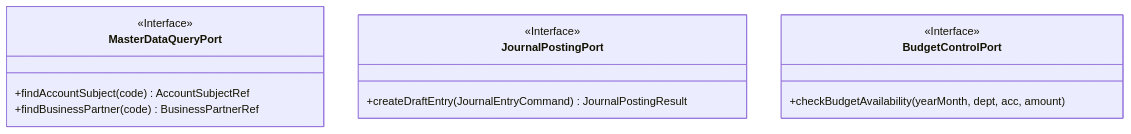
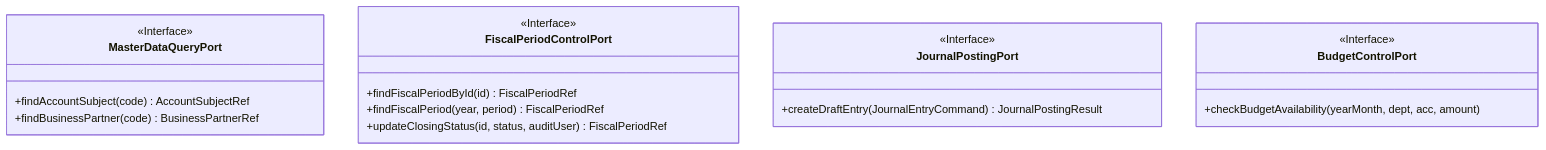
One commit to skyg547/account changed the diagram in contracts/docs/schema.md. Above: the diagram before and after it, drawn with Mermaid. The commit also changed other lines of this file and 33 other files, not shown here.

````diff
--- a/contracts/docs/schema.md
+++ b/contracts/docs/schema.md
@@ -7,16 +7,22 @@
 ```mermaid
 classDiagram
     class MasterDataQueryPort {
         <<Interface>>
         +findAccountSubject(code) AccountSubjectRef
         +findBusinessPartner(code) BusinessPartnerRef
+    }
+    class FiscalPeriodControlPort {
+        <<Interface>>
+        +findFiscalPeriodById(id) FiscalPeriodRef
+        +findFiscalPeriod(year, period) FiscalPeriodRef
+        +updateClosingStatus(id, status, auditUser) FiscalPeriodRef
     }
     class JournalPostingPort {
         <<Interface>>
         +createDraftEntry(JournalEntryCommand) JournalPostingResult
     }
     class BudgetControlPort {
         <<Interface>>
         +checkBudgetAvailability(yearMonth, dept, acc, amount)
     }
 ```
````
